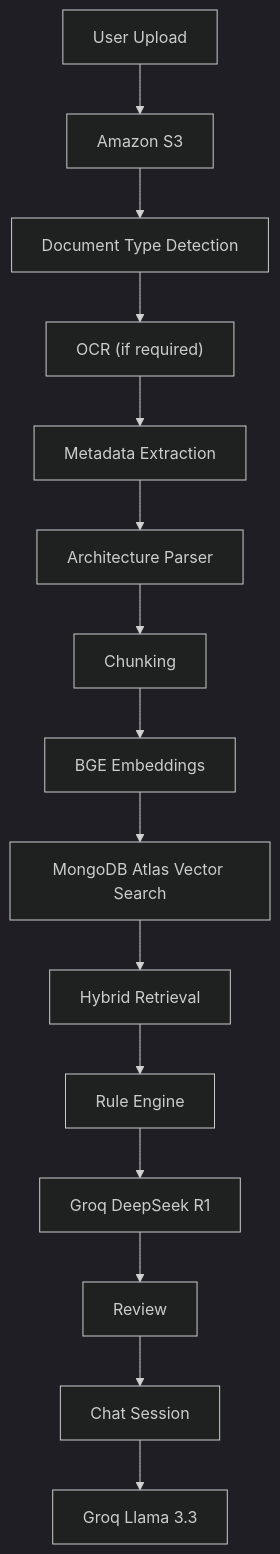
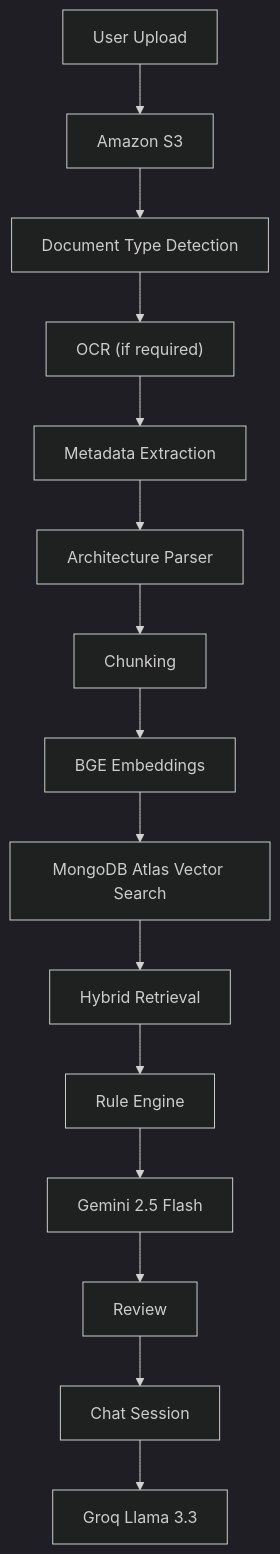
Before and after one commit to Jeevankumar14/Ai-Architecture-Review-Assistant: the diagram in implementation_plan.md, drawn with Mermaid (dark theme). The commit also changed other lines of this file, not shown here.

````diff
--- a/implementation_plan.md
+++ b/implementation_plan.md
@@ -593,17 +595,17 @@
 ```mermaid
 flowchart TD
     A["User Upload"] --> B["Amazon S3"]
     B --> C["Document Type Detection"]
     C --> D["OCR (if required)"]
     D --> E["Metadata Extraction"]
     E --> F["Architecture Parser"]
     F --> G["Chunking"]
     G --> H["BGE Embeddings"]
     H --> I["MongoDB Atlas Vector Search"]
     I --> J["Hybrid Retrieval"]
     J --> K["Rule Engine"]
-    K --> L["Groq DeepSeek R1"]
+    K --> L["Gemini 2.5 Flash"]
     L --> M["Review"]
     M --> N["Chat Session"]
     N --> O["Groq Llama 3.3"]
 ```
````
